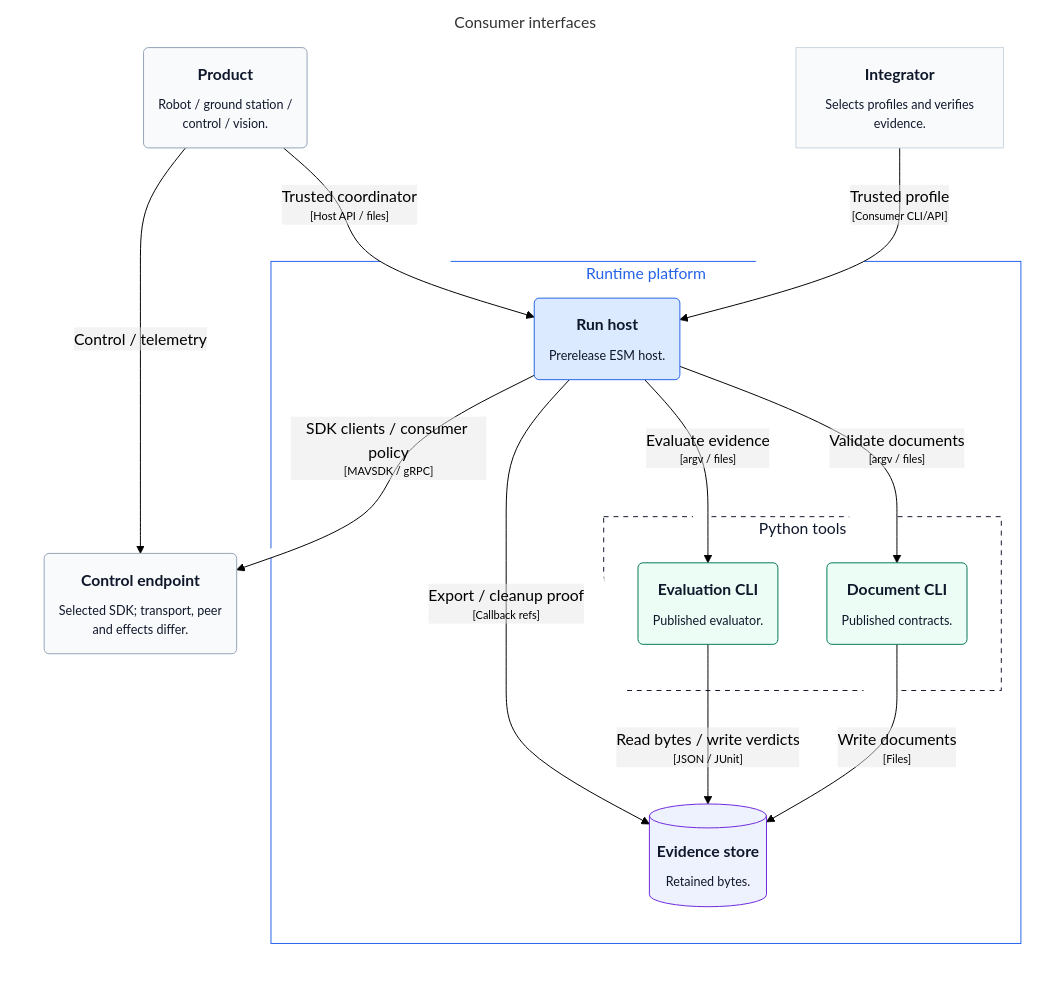
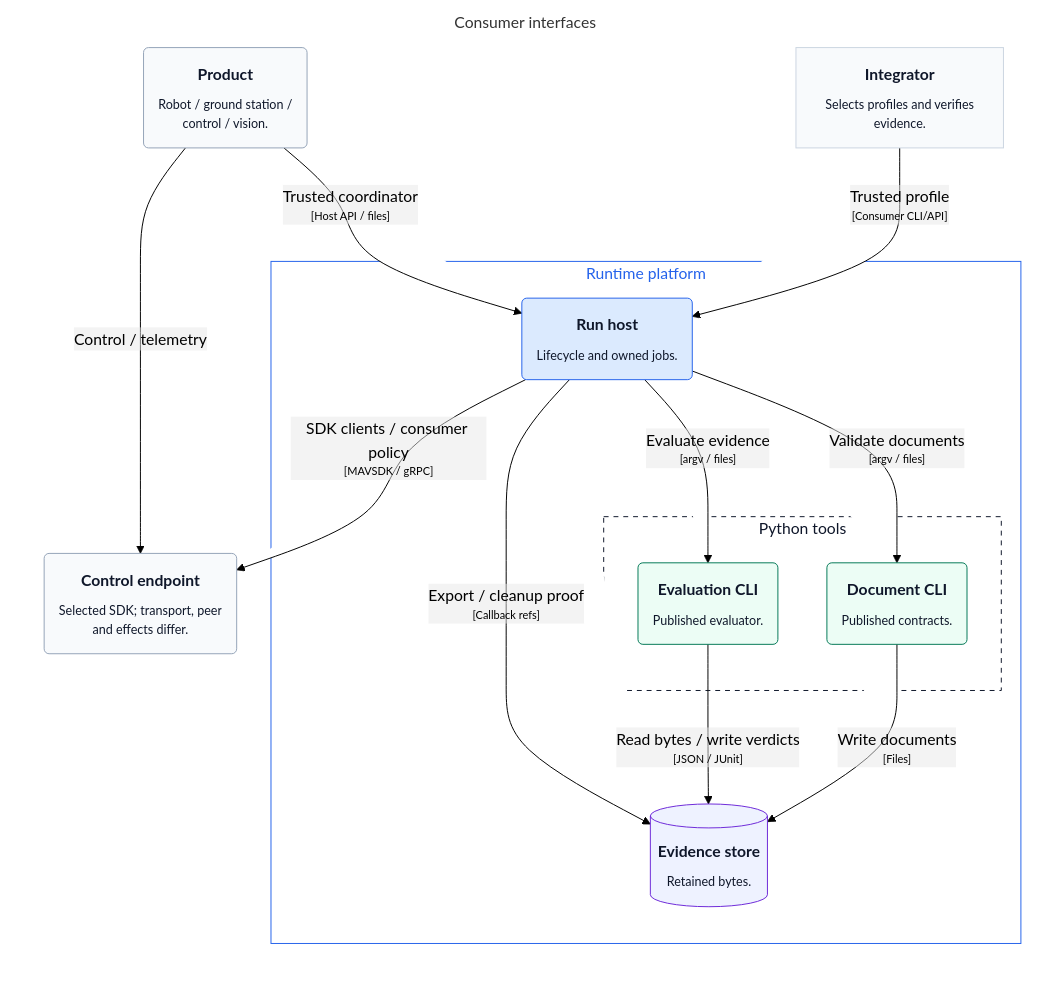
Before and after one commit to mmkolpakov/robotics-runtime: the diagram in docs/architecture/generated/structurizr-ConsumerInterfaces.mmd, drawn with Mermaid (forest theme). The commit also changed 17 other files, not shown here.

```diff
--- a/docs/architecture/generated/structurizr-ConsumerInterfaces.mmd
+++ b/docs/architecture/generated/structurizr-ConsumerInterfaces.mmd
@@ -1,42 +1,42 @@
 graph LR
   linkStyle default fill:#ffffff
 
   subgraph diagram ["Consumer interfaces"]
     style diagram fill:#ffffff,stroke:#ffffff
 
     1["<div style='font-weight: bold'>Integrator</div><div style='font-size: 80%; margin-top:10px'>Selects profiles and verifies<br />evidence.</div>"]
     style 1 fill:#f8fafc,stroke:#cbd5e1,color:#0f172a
     2("<div style='font-weight: bold'>Product</div><div style='font-size: 80%; margin-top:10px'>Robot / ground station /<br />control / vision.</div>")
     style 2 fill:#f8fafc,stroke:#94a3b8,color:#0f172a
     4("<div style='font-weight: bold'>Control endpoint</div><div style='font-size: 80%; margin-top:10px'>Selected SDK; transport, peer<br />and effects differ.</div>")
     style 4 fill:#f8fafc,stroke:#94a3b8,color:#0f172a
 
     subgraph 7 ["Runtime platform"]
       style 7 fill:#ffffff,stroke:#2563eb,color:#2563eb
 
       subgraph group1 ["Python tools"]
         style group1 fill:#ffffff,stroke:#0f172a,color:#0f172a,stroke-dasharray:5
 
         10("<div style='font-weight: bold'>Evaluation CLI</div><div style='font-size: 80%; margin-top:10px'>Published evaluator.</div>")
         style 10 fill:#ecfdf5,stroke:#047857,color:#0f172a
         9("<div style='font-weight: bold'>Document CLI</div><div style='font-size: 80%; margin-top:10px'>Published contracts.</div>")
         style 9 fill:#ecfdf5,stroke:#047857,color:#0f172a
       end
 
       13[("<div style='font-weight: bold'>Evidence store</div><div style='font-size: 80%; margin-top:10px'>Retained bytes.</div>")]
       style 13 fill:#eef2ff,stroke:#6d28d9,color:#0f172a
-      8("<div style='font-weight: bold'>Run host</div><div style='font-size: 80%; margin-top:10px'>Prerelease ESM host.</div>")
+      8("<div style='font-weight: bold'>Run host</div><div style='font-size: 80%; margin-top:10px'>Lifecycle and owned jobs.</div>")
       style 8 fill:#dbeafe,stroke:#2563eb,color:#0f172a
     end
 
     2-- "<div>Control / telemetry</div><div style='font-size: 70%'></div>" -->4
     1-- "<div>Trusted profile</div><div style='font-size: 70%'>[Consumer CLI/API]</div>" -->8
     2-- "<div>Trusted coordinator</div><div style='font-size: 70%'>[Host API / files]</div>" -->8
     8-- "<div>Validate documents</div><div style='font-size: 70%'>[argv / files]</div>" -->9
     8-- "<div>Evaluate evidence</div><div style='font-size: 70%'>[argv / files]</div>" -->10
     8-- "<div>SDK clients / consumer policy</div><div style='font-size: 70%'>[MAVSDK / gRPC]</div>" -->4
     9-- "<div>Write documents</div><div style='font-size: 70%'>[Files]</div>" -->13
     10-- "<div>Read bytes / write verdicts</div><div style='font-size: 70%'>[JSON / JUnit]</div>" -->13
     8-- "<div>Export / cleanup proof</div><div style='font-size: 70%'>[Callback refs]</div>" -->13
 
   end
```
